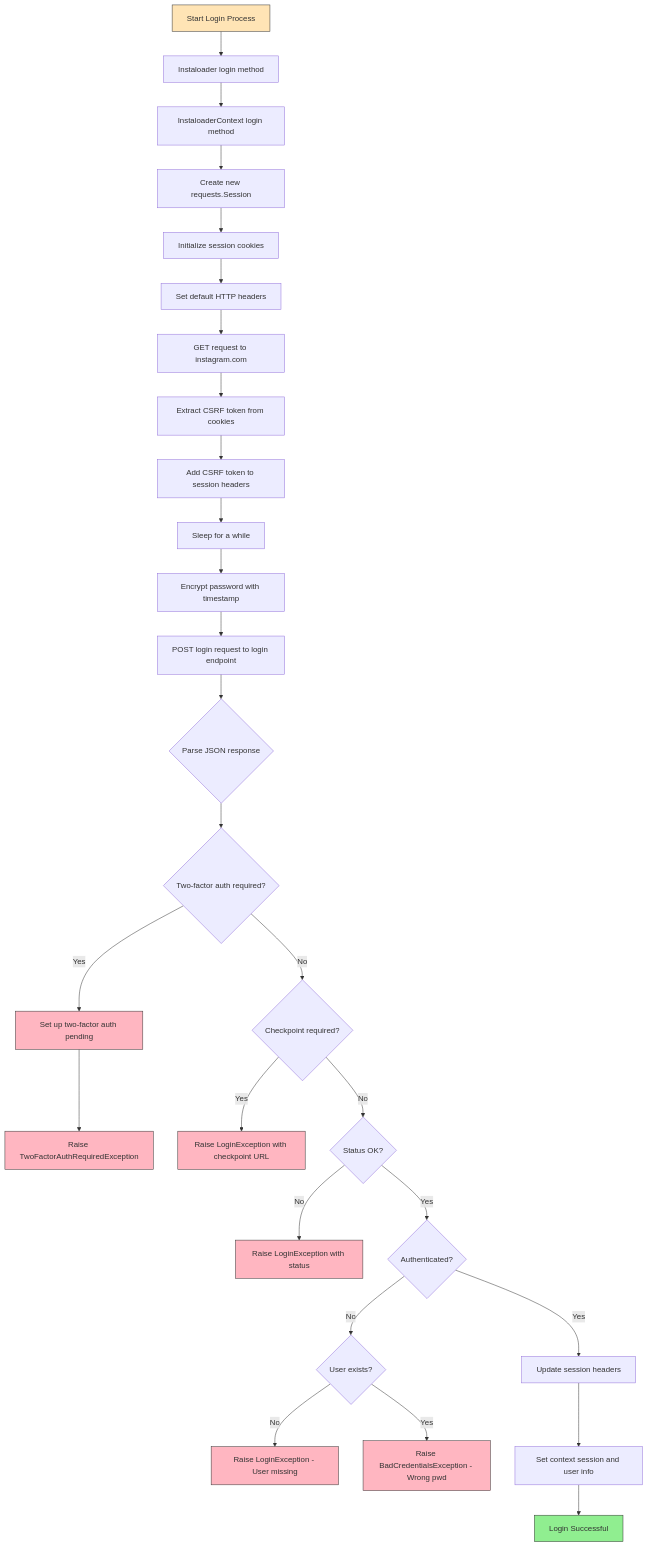
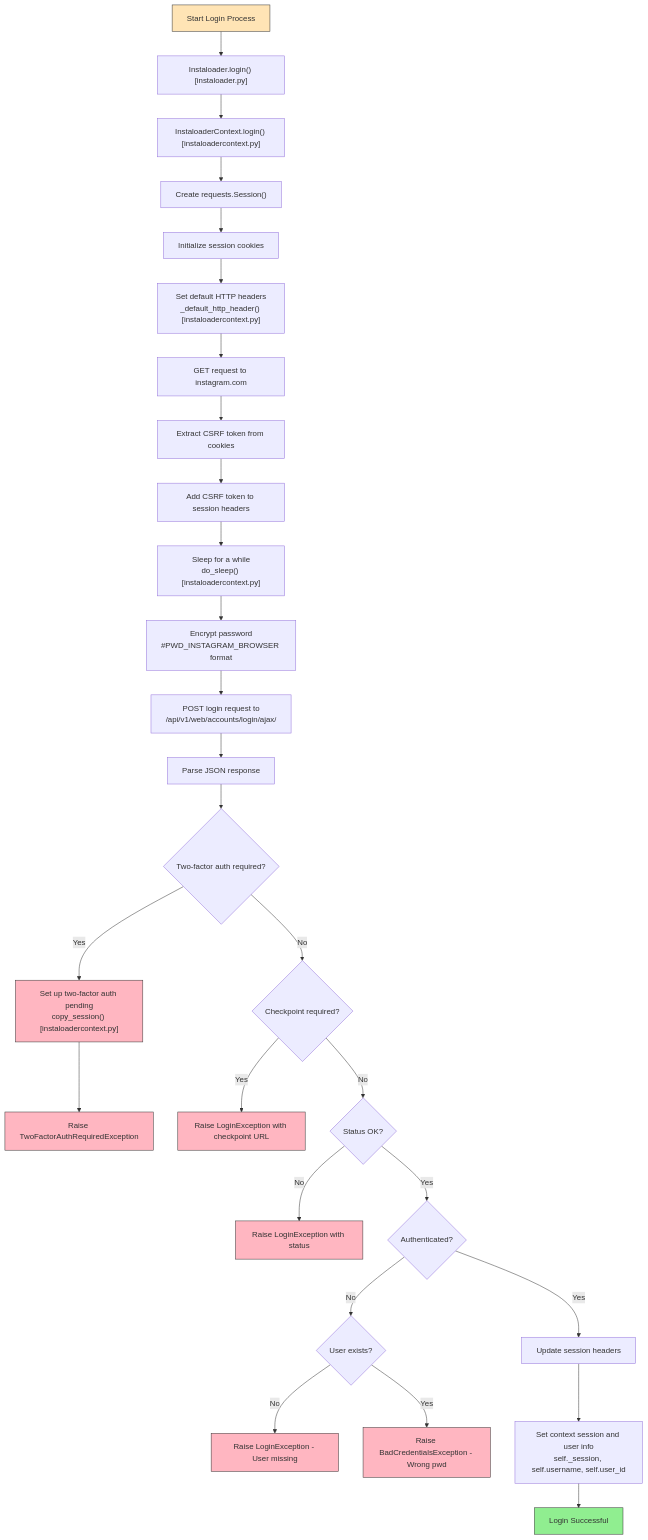
The first of 5 diagrams in docs/charts/login_flow.md (nguyenlean96/instaloader), drawn with Mermaid before and after one commit. The commit also changed other lines of this file, not shown here.

Commit message:
Enhance login flow documentation with detailed method references and add two-factor authentication flowchart

````diff
--- a/docs/charts/login_flow.md
+++ b/docs/charts/login_flow.md
@@ -13,38 +13,38 @@
 ```mermaid
 flowchart TD
-    A[Start Login Process] --> B[Instaloader login method]
-    B --> C[InstaloaderContext login method]
-    C --> D[Create new requests.Session]
+    A[Start Login Process] --> B["Instaloader.login() [instaloader.py]"]
+    B --> C["InstaloaderContext.login() [instaloadercontext.py]"]
+    C --> D["Create requests.Session()"]
     D --> E[Initialize session cookies]
-    E --> F[Set default HTTP headers]
+    E --> F["Set default HTTP headers<br/>_default_http_header() [instaloadercontext.py]"]
     F --> G[GET request to instagram.com]
     G --> H[Extract CSRF token from cookies]
     H --> I[Add CSRF token to session headers]
-    I --> J[Sleep for a while]
-    J --> K[Encrypt password with timestamp]
-    K --> L[POST login request to login endpoint]
-    L --> M{Parse JSON response}
+    I --> J["Sleep for a while<br/>do_sleep() [instaloadercontext.py]"]
+    J --> K[Encrypt password<br/>#PWD_INSTAGRAM_BROWSER format]
+    K --> L[POST login request to<br/>/api/v1/web/accounts/login/ajax/]
+    L --> M[Parse JSON response]
     M --> N{Two-factor auth required?}
-    N -->|Yes| O[Set up two-factor auth pending]
+    N -->|Yes| O["Set up two-factor auth pending<br/>copy_session() [instaloadercontext.py]"]
     O --> P[Raise TwoFactorAuthRequiredException]
     N -->|No| Q{Checkpoint required?}
     Q -->|Yes| R[Raise LoginException with checkpoint URL]
     Q -->|No| S{Status OK?}
     S -->|No| T[Raise LoginException with status]
     S -->|Yes| U{Authenticated?}
     U -->|No| V{User exists?}
     V -->|No| W[Raise LoginException - User missing]
     V -->|Yes| X[Raise BadCredentialsException - Wrong pwd]
     U -->|Yes| Y[Update session headers]
-    Y --> Z[Set context session and user info]
+    Y --> Z[Set context session and user info<br/>self._session, self.username, self.user_id]
     Z --> AB[Login Successful]
 
     style A fill:#FFE4B5,stroke:#333
     style AB fill:#90EE90,stroke:#333
     style O fill:#FFB6C1,stroke:#333
     style P fill:#FFB6C1,stroke:#333
     style R fill:#FFB6C1,stroke:#333
     style T fill:#FFB6C1,stroke:#333
     style W fill:#FFB6C1,stroke:#333
     style X fill:#FFB6C1,stroke:#333
 ```
````
